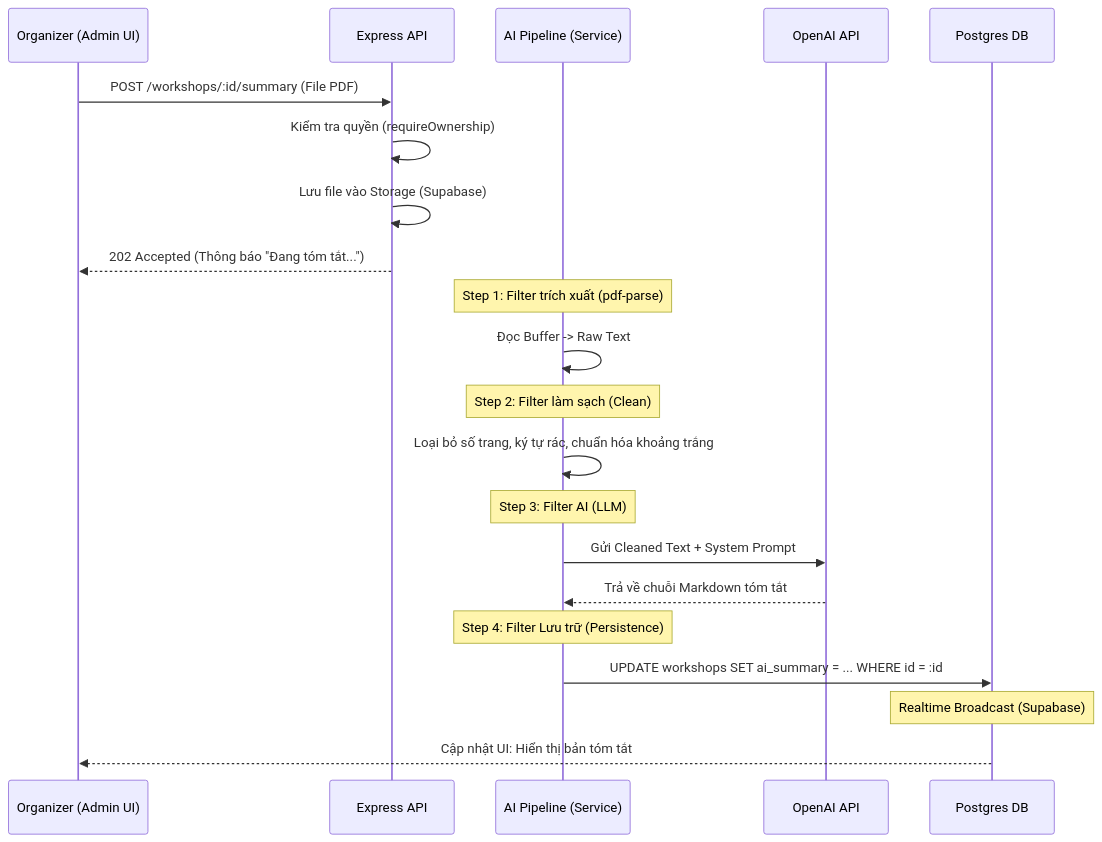
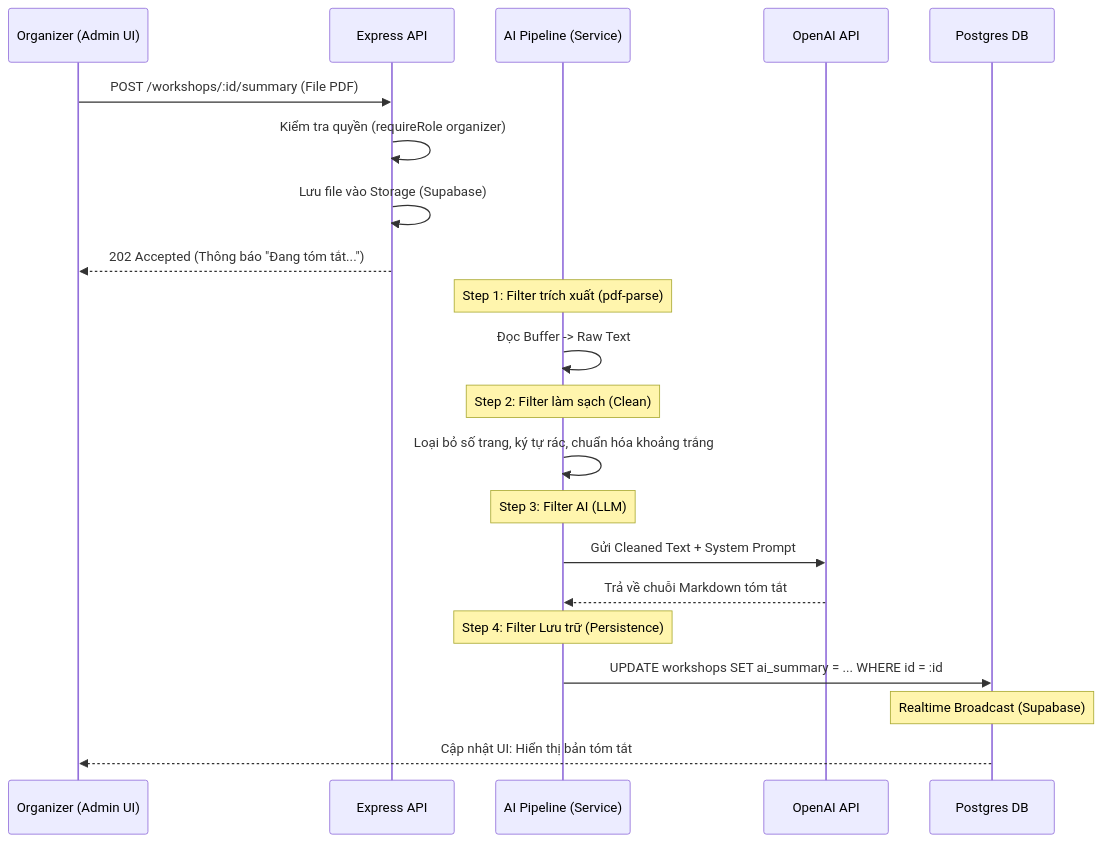
The first of 2 diagrams in blueprint/specs/ai-summary.md (cattybeo/23tkpm1-group16-unihub-workshop), drawn with Mermaid before and after one commit. The commit also changed other lines of this file and 3 other files, not shown here.

````diff
--- a/blueprint/specs/ai-summary.md
+++ b/blueprint/specs/ai-summary.md
@@ -55,29 +55,29 @@
 ```mermaid
 sequenceDiagram
     participant Org as Organizer (Admin UI)
     participant API as Express API
     participant Pipe as AI Pipeline (Service)
     participant AI as OpenAI API
     participant DB as Postgres DB
 
     Org->>API: POST /workshops/:id/summary (File PDF)
-    API->>API: Kiểm tra quyền (requireOwnership)
+    API->>API: Kiểm tra quyền (requireRole organizer)
     API->>API: Lưu file vào Storage (Supabase)
     API-->>Org: 202 Accepted (Thông báo "Đang tóm tắt...")
 
     Note over Pipe: Step 1: Filter trích xuất (pdf-parse)
     Pipe->>Pipe: Đọc Buffer -> Raw Text
     
     Note over Pipe: Step 2: Filter làm sạch (Clean)
     Pipe->>Pipe: Loại bỏ số trang, ký tự rác, chuẩn hóa khoảng trắng
     
     Note over Pipe: Step 3: Filter AI (LLM)
     Pipe->>AI: Gửi Cleaned Text + System Prompt
     AI-->>Pipe: Trả về chuỗi Markdown tóm tắt
 
     Note over Pipe: Step 4: Filter Lưu trữ (Persistence)
     Pipe->>DB: UPDATE workshops SET ai_summary = ... WHERE id = :id
     
     Note over DB: Realtime Broadcast (Supabase)
     DB-->>Org: Cập nhật UI: Hiển thị bản tóm tắt
 ```
````
